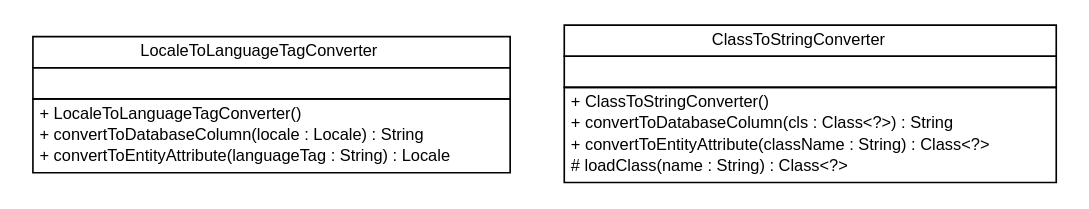
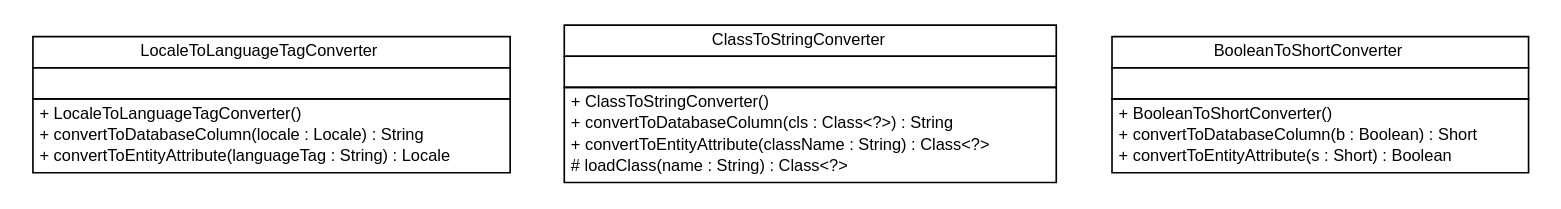
The diagram in apidocs/com/edugility/jpa/converters/com.edugility.jpa.converters.dot (ljnelson/jpa-converters), drawn with Graphviz before and after one commit. The commit also changed 63 other files, not shown here.

Commit message:
Building site for jpa-converters 1.0.1

```diff
--- a/apidocs/com/edugility/jpa/converters/com.edugility.jpa.converters.dot
+++ b/apidocs/com/edugility/jpa/converters/com.edugility.jpa.converters.dot
@@ -1,41 +1,55 @@
 #!/usr/local/bin/dot
 #
 # Class diagram 
 # Generated by UMLGraph version R5_6-24-gf6e263 (http://www.umlgraph.org/)
 #
 
 digraph G {
 	edge [fontname="Helvetica",fontsize=10,labelfontname="Helvetica",labelfontsize=10];
 	node [fontname="Helvetica",fontsize=10,shape=plaintext];
 	nodesep=0.25;
 	ranksep=0.5;
 	// com.edugility.jpa.converters.LocaleToLanguageTagConverter
 	c0 [label=<<table title="com.edugility.jpa.converters.LocaleToLanguageTagConverter" border="0" cellborder="1" cellspacing="0" cellpadding="2" port="p" href="./LocaleToLanguageTagConverter.html">
 		<tr><td><table border="0" cellspacing="0" cellpadding="1">
 <tr><td align="center" balign="center"> LocaleToLanguageTagConverter </td></tr>
 		</table></td></tr>
 		<tr><td><table border="0" cellspacing="0" cellpadding="1">
 <tr><td align="left" balign="left">  </td></tr>
 		</table></td></tr>
 		<tr><td><table border="0" cellspacing="0" cellpadding="1">
 <tr><td align="left" balign="left"> + LocaleToLanguageTagConverter() </td></tr>
 <tr><td align="left" balign="left"> + convertToDatabaseColumn(locale : Locale) : String </td></tr>
 <tr><td align="left" balign="left"> + convertToEntityAttribute(languageTag : String) : Locale </td></tr>
 		</table></td></tr>
 		</table>>, URL="./LocaleToLanguageTagConverter.html", fontname="Helvetica", fontcolor="black", fontsize=10.0];
 	// com.edugility.jpa.converters.ClassToStringConverter
 	c1 [label=<<table title="com.edugility.jpa.converters.ClassToStringConverter" border="0" cellborder="1" cellspacing="0" cellpadding="2" port="p" href="./ClassToStringConverter.html">
 		<tr><td><table border="0" cellspacing="0" cellpadding="1">
 <tr><td align="center" balign="center"> ClassToStringConverter </td></tr>
 		</table></td></tr>
 		<tr><td><table border="0" cellspacing="0" cellpadding="1">
 <tr><td align="left" balign="left">  </td></tr>
 		</table></td></tr>
 		<tr><td><table border="0" cellspacing="0" cellpadding="1">
 <tr><td align="left" balign="left"> + ClassToStringConverter() </td></tr>
 <tr><td align="left" balign="left"> + convertToDatabaseColumn(cls : Class&lt;?&gt;) : String </td></tr>
 <tr><td align="left" balign="left"> + convertToEntityAttribute(className : String) : Class&lt;?&gt; </td></tr>
 <tr><td align="left" balign="left"> # loadClass(name : String) : Class&lt;?&gt; </td></tr>
 		</table></td></tr>
 		</table>>, URL="./ClassToStringConverter.html", fontname="Helvetica", fontcolor="black", fontsize=10.0];
+	// com.edugility.jpa.converters.BooleanToShortConverter
+	c2 [label=<<table title="com.edugility.jpa.converters.BooleanToShortConverter" border="0" cellborder="1" cellspacing="0" cellpadding="2" port="p" href="./BooleanToShortConverter.html">
+		<tr><td><table border="0" cellspacing="0" cellpadding="1">
+<tr><td align="center" balign="center"> BooleanToShortConverter </td></tr>
+		</table></td></tr>
+		<tr><td><table border="0" cellspacing="0" cellpadding="1">
+<tr><td align="left" balign="left">  </td></tr>
+		</table></td></tr>
+		<tr><td><table border="0" cellspacing="0" cellpadding="1">
+<tr><td align="left" balign="left"> + BooleanToShortConverter() </td></tr>
+<tr><td align="left" balign="left"> + convertToDatabaseColumn(b : Boolean) : Short </td></tr>
+<tr><td align="left" balign="left"> + convertToEntityAttribute(s : Short) : Boolean </td></tr>
+		</table></td></tr>
+		</table>>, URL="./BooleanToShortConverter.html", fontname="Helvetica", fontcolor="black", fontsize=10.0];
 }
```
